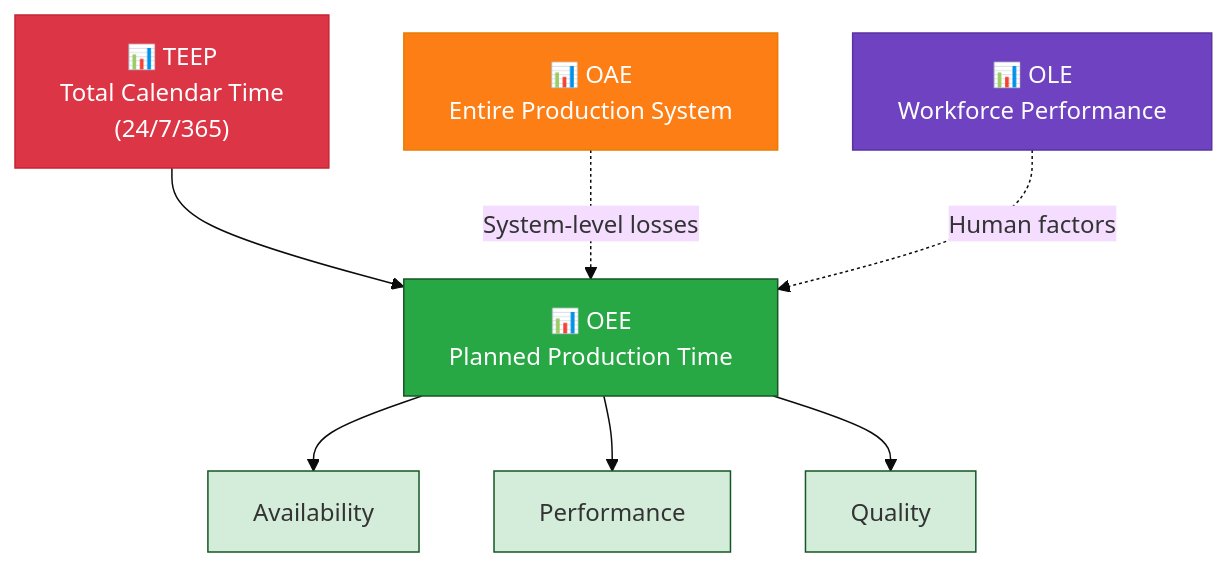
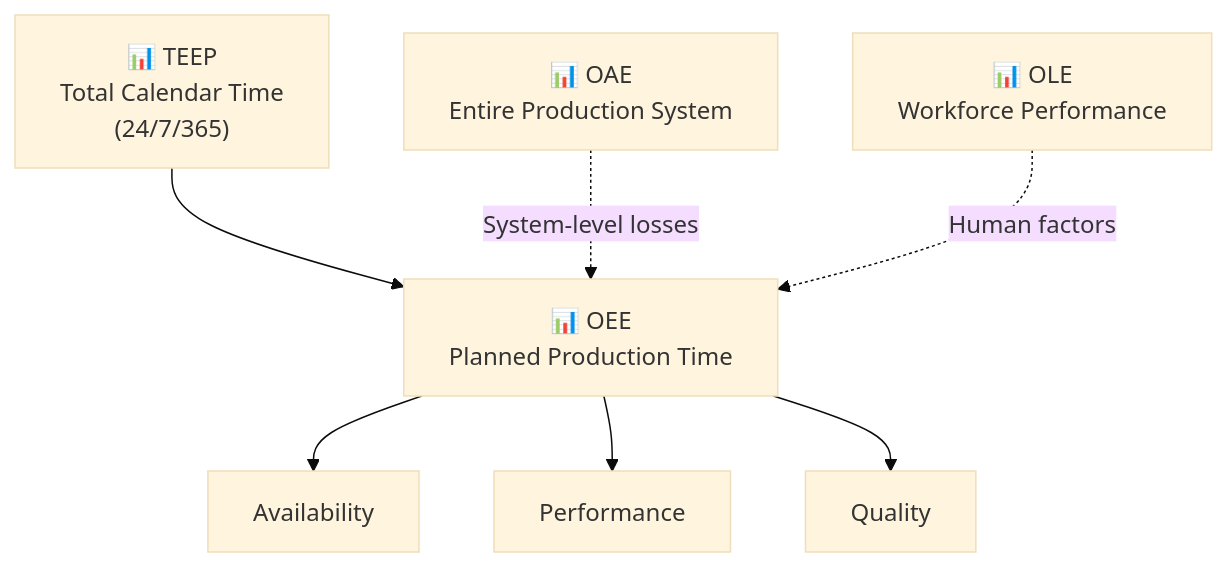
Before and after one commit to faris-isa/hermes-research: the diagram in content/knowledge/oee/extended.md, drawn with Mermaid (base theme). The commit also changed 5 other files, not shown here.

First line of the commit message:
fix: remove custom Mermaid styling for dark theme compatibility (#8)

````diff
--- a/content/knowledge/oee/extended.md
+++ b/content/knowledge/oee/extended.md
@@ -17,18 +17,10 @@
 ```mermaid
 graph TD
     TEEP["📊 TEEP<br/>Total Calendar Time<br/>(24/7/365)"] --> OEE["📊 OEE<br/>Planned Production Time"]
     OEE --> A["Availability"]
     OEE --> P["Performance"]
     OEE --> Q["Quality"]
     
     OAE["📊 OAE<br/>Entire Production System"] -.->|"System-level losses"| OEE
     OLE["📊 OLE<br/>Workforce Performance"] -.->|"Human factors"| OEE
-
-    style TEEP fill:#dc3545,stroke:#c82333,color:#fff
-    style OEE fill:#28a745,stroke:#155724,color:#fff
-    style OAE fill:#fd7e14,stroke:#e67e00,color:#fff
-    style OLE fill:#6f42c1,stroke:#5a32a3,color:#fff
-    style A fill:#d4edda,stroke:#155724
-    style P fill:#d4edda,stroke:#155724
-    style Q fill:#d4edda,stroke:#155724
 ```
````
